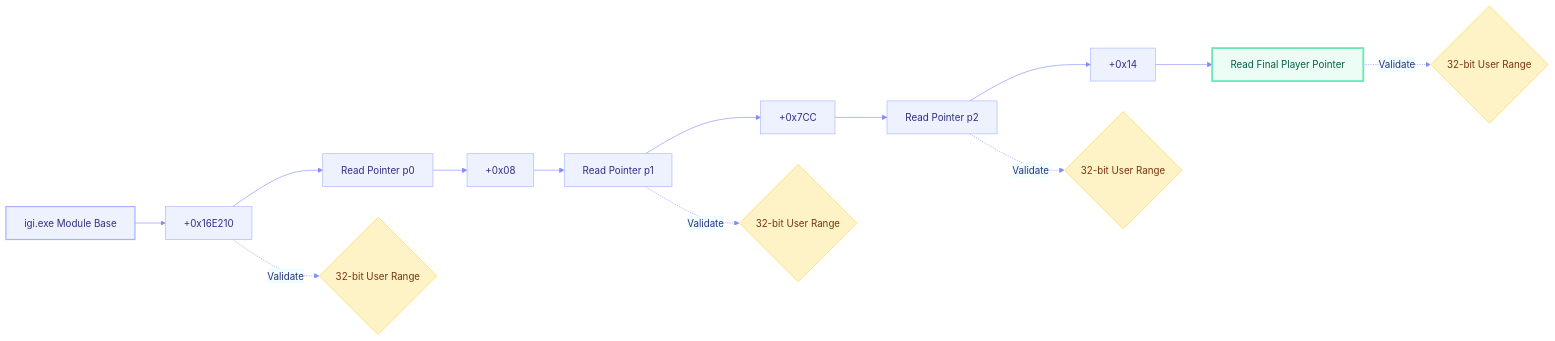
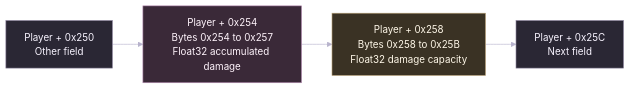
The seventh of 17 diagrams in README.md (Tanishq-JM/Project-IGI-Offline-Trainer), drawn with Mermaid before and after one commit. The commit also changed other lines of this file, not shown here.

````diff
--- a/README.md
+++ b/README.md
@@ -604,24 +350,12 @@
 ```mermaid
-%%{init: {'theme':'base', 'themeVariables': { 'primaryColor':'#EEF2FF','primaryTextColor':'#312E81','primaryBorderColor':'#A5B4FC','lineColor':'#818CF8','secondaryColor':'#ECFEFF','tertiaryColor':'#FEF3C7'}}}%%
+%%{init: {'theme':'base', 'themeVariables': {'background':'#0F1117','primaryColor':'#20263A','primaryTextColor':'#F6F3FF','primaryBorderColor':'#8E93B8','lineColor':'#B7B2CC','secondaryColor':'#1D2C35','secondaryTextColor':'#F3FAFC','secondaryBorderColor':'#7E9BAA','tertiaryColor':'#342633','tertiaryTextColor':'#FFF2FB','tertiaryBorderColor':'#A17F9D','fontFamily':'Segoe UI'}}}%%
 flowchart LR
-    Base[igi.exe Module Base] --> Root[+0x16E210]
-    Root --> P0[Read Pointer p0]
-    P0 --> S1[+0x08]
-    S1 --> P1[Read Pointer p1]
-    P1 --> S2[+0x7CC]
-    S2 --> P2[Read Pointer p2]
-    P2 --> S3[+0x14]
-    S3 --> Player[Read Final Player Pointer]
+    Before["Player + 0x250<br/>Other field"] --> Damage["Player + 0x254<br/>Bytes 0x254 to 0x257<br/>Float32 accumulated damage"]
+    Damage --> Capacity["Player + 0x258<br/>Bytes 0x258 to 0x25B<br/>Float32 damage capacity"]
+    Capacity --> After["Player + 0x25C<br/>Next field"]
 
-    Root -. Validate .-> Guard1{32-bit User Range}
-    P1 -. Validate .-> Guard2{32-bit User Range}
-    P2 -. Validate .-> Guard3{32-bit User Range}
-    Player -. Validate .-> Guard4{32-bit User Range}
-
-    style Base fill:#EEF2FF,stroke:#A5B4FC,stroke-width:2px,color:#312E81
-    style Player fill:#ECFDF5,stroke:#6EE7B7,stroke-width:3px,color:#065F46
-    style Guard1 fill:#FEF3C7,stroke:#FCD34D,color:#78350F
-    style Guard2 fill:#FEF3C7,stroke:#FCD34D,color:#78350F
-    style Guard3 fill:#FEF3C7,stroke:#FCD34D,color:#78350F
-    style Guard4 fill:#FEF3C7,stroke:#FCD34D,color:#78350F
+    style Before fill:#2A2734,stroke:#8C849D,color:#F8F4FF
+    style Damage fill:#3A2938,stroke:#B188AE,color:#FFF4FC
+    style Capacity fill:#3A3224,stroke:#B59D73,color:#FFF8E9
+    style After fill:#2A2734,stroke:#8C849D,color:#F8F4FF
 ```
````
